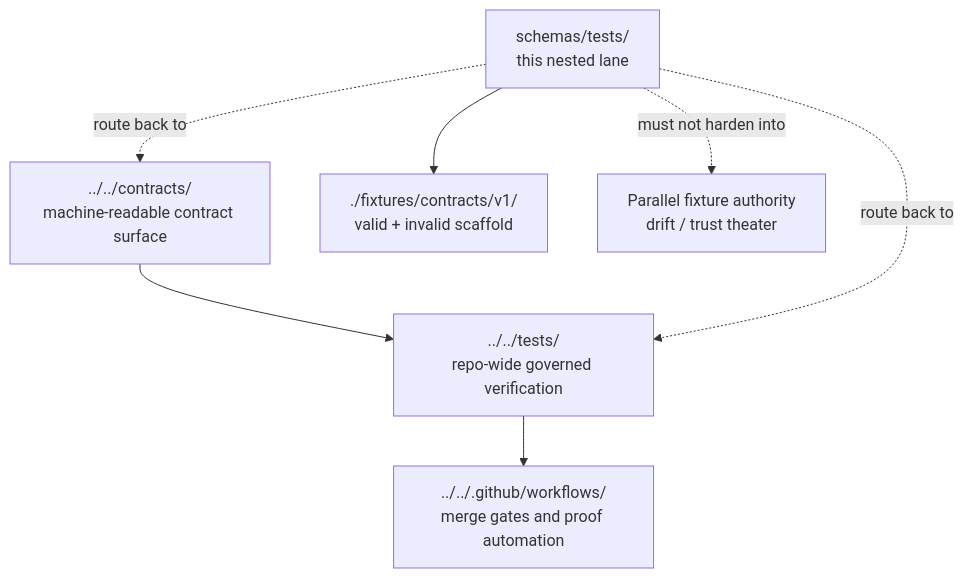
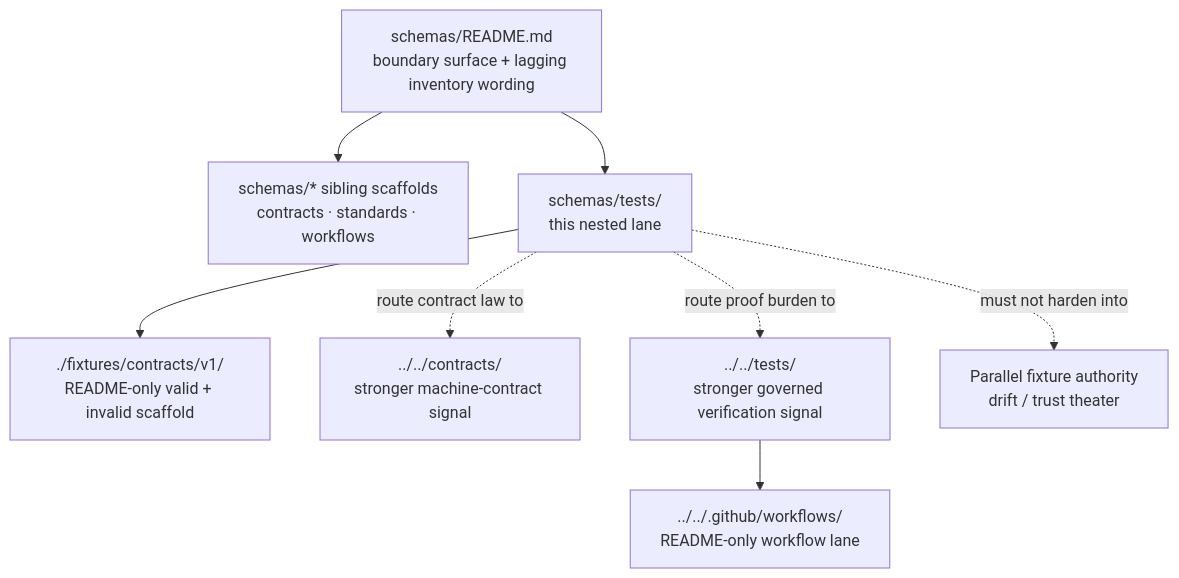
The diagram in schemas/tests/README.md (bartytime4life/Kansas-Frontier-Matrix), drawn with Mermaid before and after one commit. The commit also changed other lines of this file, not shown here.

First line of the commit message:
Revise README.md for schemas/tests directory

````diff
--- a/schemas/tests/README.md
+++ b/schemas/tests/README.md
@@ -187,16 +247,19 @@
 ```mermaid
 flowchart TB
-    A[../../contracts/<br/>machine-readable contract surface]
-    T[../../tests/<br/>repo-wide governed verification]
-    W[../../.github/workflows/<br/>merge gates and proof automation]
+    P[schemas/README.md<br/>boundary surface + lagging inventory wording]
+    G[schemas/* sibling scaffolds<br/>contracts · standards · workflows]
     S[schemas/tests/<br/>this nested lane]
-    F[./fixtures/contracts/v1/<br/>valid + invalid scaffold]
+    F[./fixtures/contracts/v1/<br/>README-only valid + invalid scaffold]
+    C[../../contracts/<br/>stronger machine-contract signal]
+    T[../../tests/<br/>stronger governed verification signal]
+    W[../../.github/workflows/<br/>README-only workflow lane]
     X[Parallel fixture authority<br/>drift / trust theater]
 
-    A --> T
+    P --> S
+    P --> G
+    S --> F
+    S -. route contract law to .-> C
+    S -. route proof burden to .-> T
     T --> W
-    S --> F
-    S -. route back to .-> A
-    S -. route back to .-> T
     S -. must not harden into .-> X
 ```
````
